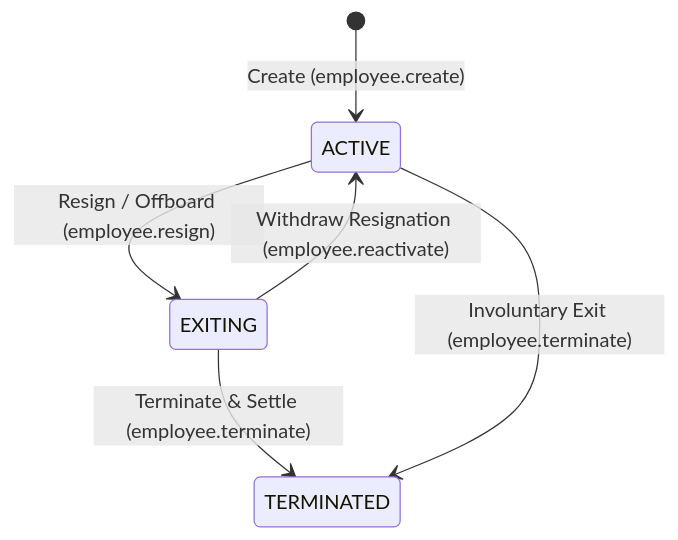
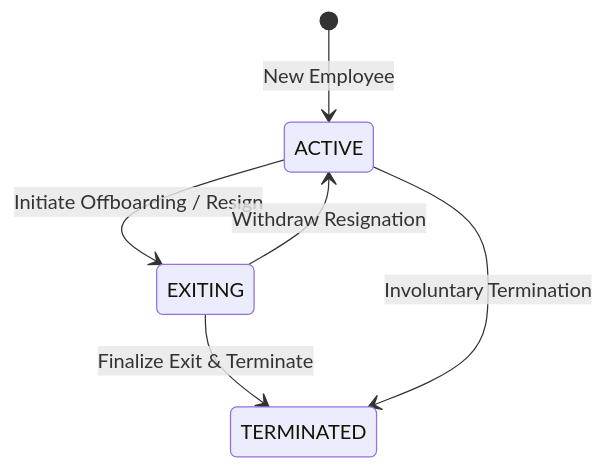
One commit to tenarm/docs changed the first of 3 diagrams in user-guides/modules/hr.md. Above: the diagram before and after it, drawn with Mermaid. The commit also changed other lines of this file and 42 other files, not shown here.

````diff
--- a/user-guides/modules/hr.md
+++ b/user-guides/modules/hr.md
@@ -53,8 +32,8 @@
 ```mermaid
 stateDiagram-v2
-    [*] --> ACTIVE : Create (employee.create)
-    ACTIVE --> EXITING : Resign / Offboard (employee.resign)
-    EXITING --> ACTIVE : Withdraw Resignation (employee.reactivate)
-    EXITING --> TERMINATED : Terminate & Settle (employee.terminate)
-    ACTIVE --> TERMINATED : Involuntary Exit (employee.terminate)
+    [*] --> ACTIVE : New Employee
+    ACTIVE --> EXITING : Initiate Offboarding / Resign
+    EXITING --> ACTIVE : Withdraw Resignation
+    EXITING --> TERMINATED : Finalize Exit & Terminate
+    ACTIVE --> TERMINATED : Involuntary Termination
 ```
````
